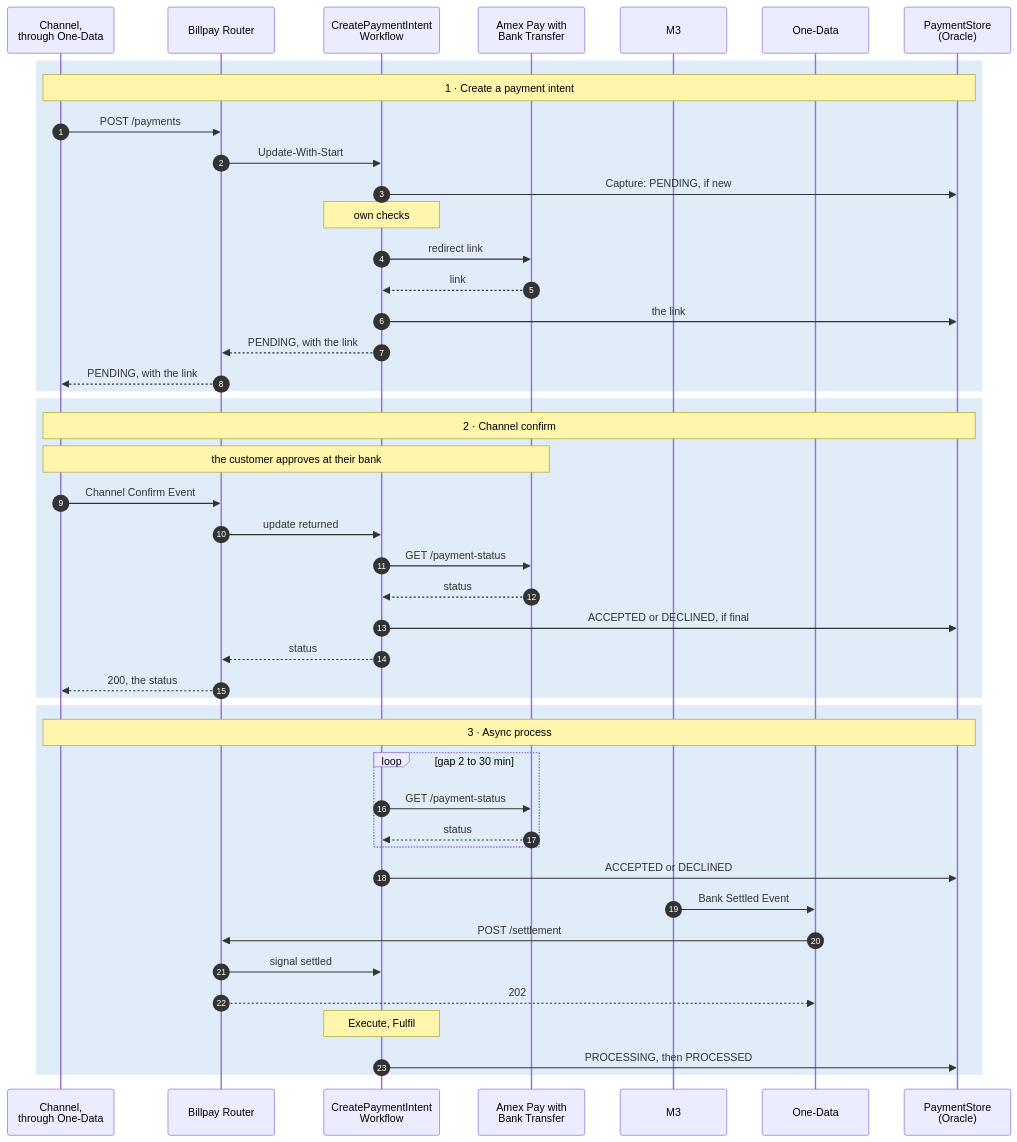
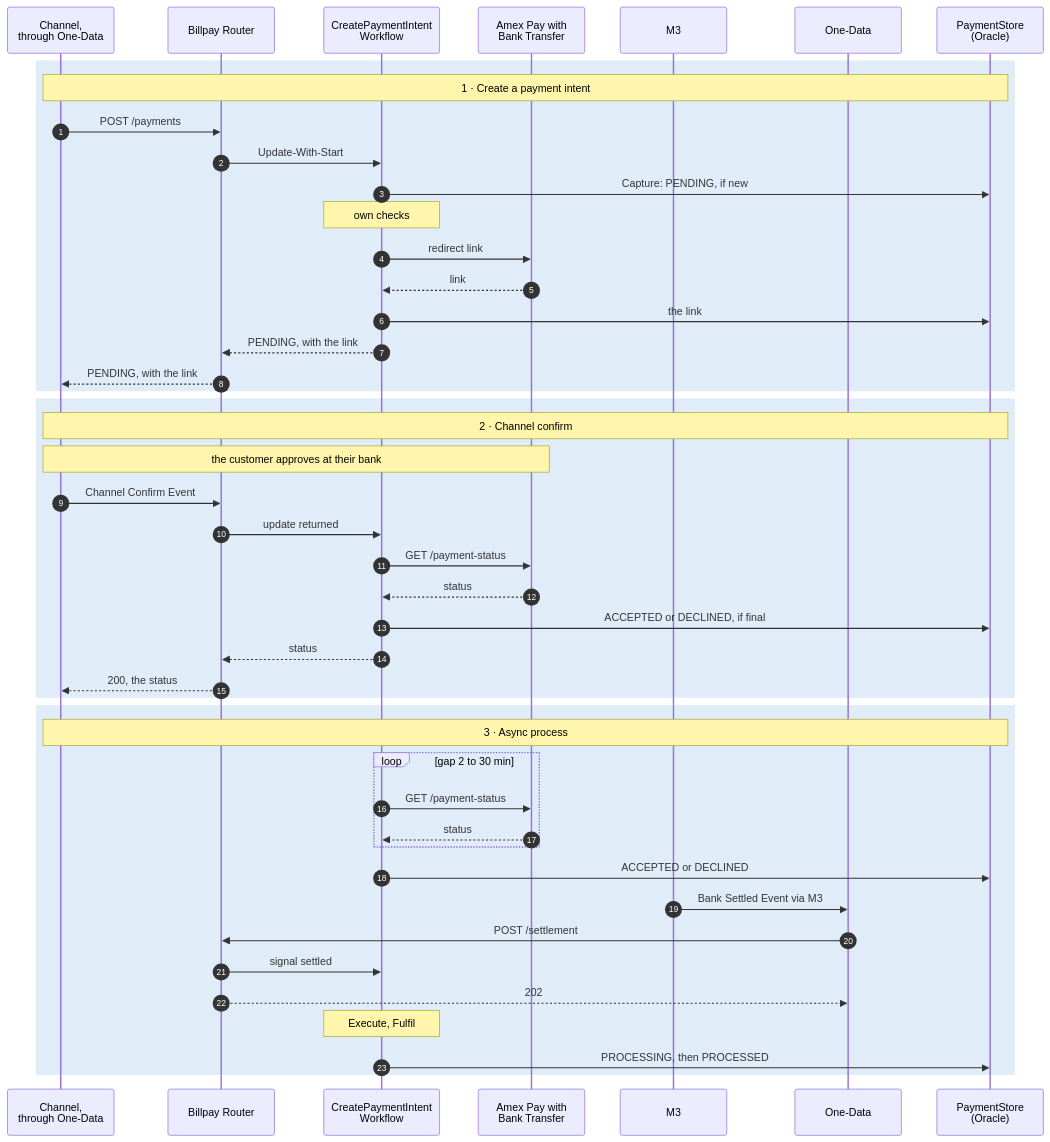
Diagram 14 of 16 in website/docs/design/sequence-diagrams.md (arunav-bhattacharya/billpay-book), drawn with Mermaid before and after one commit. The commit also changed other lines of this file and 44 other files, not shown here.

````diff
--- a/website/docs/design/sequence-diagrams.md
+++ b/website/docs/design/sequence-diagrams.md
@@ -750,62 +750,62 @@
 ```mermaid
 ---
 config:
   fontFamily: "BentonSansUI, Helvetica, Arial, sans-serif"
   fontSize: 15
 ---
 sequenceDiagram
   autonumber
   %% Pink arrows: something outside resumes the payment.
   %% trigger: Channel Confirm Event
   %% trigger: update returned
-  %% trigger: Bank Settled Event
+  %% trigger: Bank Settled Event via M3
   %% trigger: signal settled
 
   participant CH as Channel,<br/>through One-Data
   participant R as Billpay Router
   participant WF as CreatePaymentIntent<br/>Workflow
   participant PW as Amex Pay with<br/>Bank Transfer
   participant M3
   participant OD as One-Data
   participant PS as PaymentStore<br/>(Oracle)
 
   rect rgba(0,111,207,0.12)
     Note over CH,PS: 1 · Create a payment intent
     CH->>R: POST /payments
     R->>WF: Update-With-Start
     WF->>PS: Capture: PENDING, if new
     Note over WF: own checks
     WF->>PW: redirect link
     PW-->>WF: link
     WF->>PS: the link
     WF-->>R: PENDING, with the link
     R-->>CH: PENDING, with the link
   end
 
   rect rgba(0,111,207,0.12)
     Note over CH,PS: 2 · Channel confirm
     Note over CH,PW: the customer approves at their bank
     CH->>R: Channel Confirm Event
     R->>WF: update returned
     WF->>PW: GET /payment-status
     PW-->>WF: status
     WF->>PS: ACCEPTED or DECLINED, if final
     WF-->>R: status
     R-->>CH: 200, the status
   end
 
   rect rgba(0,111,207,0.12)
     Note over CH,PS: 3 · Async process
     loop gap 2 to 30 min
       WF->>PW: GET /payment-status
       PW-->>WF: status
     end
     WF->>PS: ACCEPTED or DECLINED
-    M3->>OD: Bank Settled Event
+    M3->>OD: Bank Settled Event via M3
     OD->>R: POST /settlement
     R->>WF: signal settled
     R-->>OD: 202
     Note over WF: Execute, Fulfil
     WF->>PS: PROCESSING, then PROCESSED
   end
 ```
````
